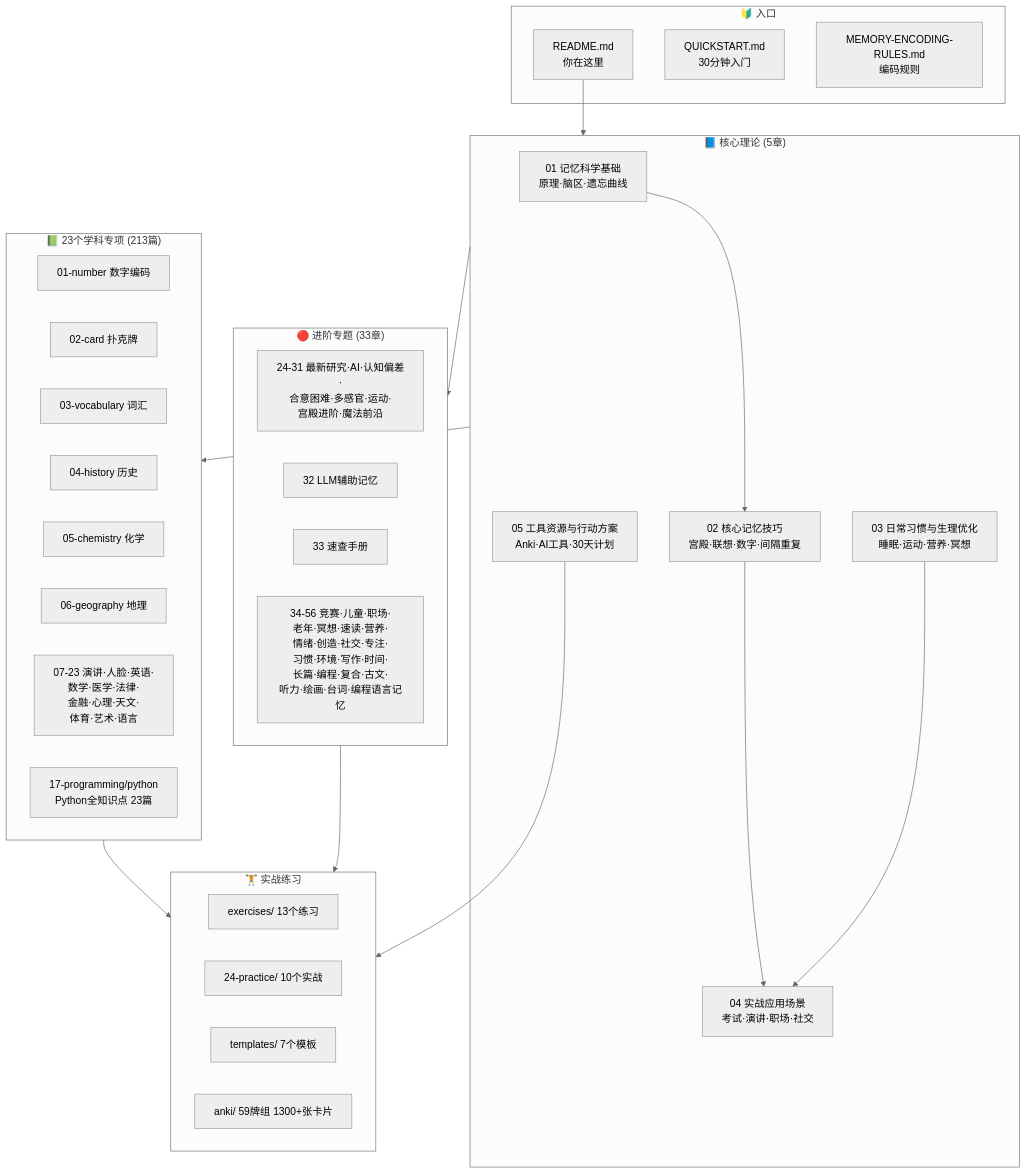
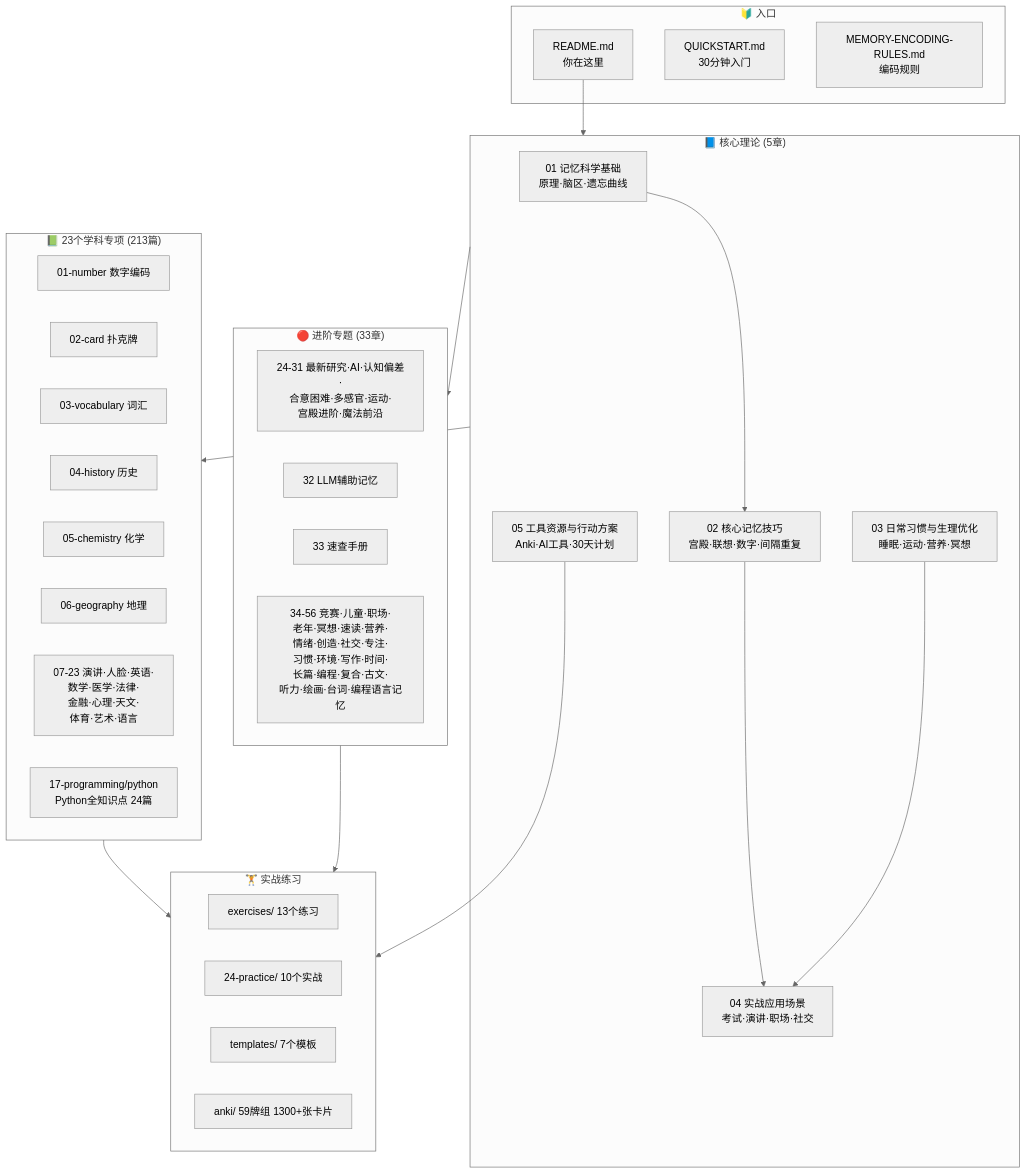
The first of 2 diagrams in README.md (brother2050/memory-guide), drawn with Mermaid (neutral theme) before and after one commit. The commit also changed other lines of this file and 4 other files, not shown here.

````diff
--- a/README.md
+++ b/README.md
@@ -63,52 +63,52 @@
 ```mermaid
 graph TB
     subgraph 入口["🔰 入口"]
         README["README.md\n你在这里"]
         QS["QUICKSTART.md\n30分钟入门"]
         RULES["MEMORY-ENCODING-RULES.md\n编码规则"]
     end
 
     subgraph core["📘 核心理论 (5章)"]
         C01["01 记忆科学基础\n原理·脑区·遗忘曲线"]
         C02["02 核心记忆技巧\n宫殿·联想·数字·间隔重复"]
         C03["03 日常习惯与生理优化\n睡眠·运动·营养·冥想"]
         C04["04 实战应用场景\n考试·演讲·职场·社交"]
         C05["05 工具资源与行动方案\nAnki·AI工具·30天计划"]
     end
 
     subgraph special["📗 23个学科专项 (213篇)"]
         NUM["01-number 数字编码"]
         CARD["02-card 扑克牌"]
         VOCAB["03-vocabulary 词汇"]
         HIST["04-history 历史"]
         CHEM["05-chemistry 化学"]
         GEO["06-geography 地理"]
         MORE["07-23 演讲·人脸·英语·\n数学·医学·法律·\n金融·心理·天文·\n体育·艺术·语言"]
-        PYTHON["17-programming/python\nPython全知识点 23篇"]
+        PYTHON["17-programming/python\nPython全知识点 24篇"]
     end
 
     subgraph advanced["🔴 进阶专题 (33章)"]
         A24["24-31 最新研究·AI·认知偏差·\n合意困难·多感官·运动·\n宫殿进阶·魔法前沿"]
         A32["32 LLM辅助记忆"]
         A33["33 速查手册"]
         A34["34-56 竞赛·儿童·职场·\n老年·冥想·速读·营养·\n情绪·创造·社交·专注·\n习惯·环境·写作·时间·\n长篇·编程·复合·古文·\n听力·绘画·台词·编程语言记忆"]
     end
 
     subgraph practice["🏋️ 实战练习"]
         EX["exercises/ 13个练习"]
         PR["24-practice/ 10个实战"]
         TM["templates/ 7个模板"]
         AN["anki/ 59牌组 1300+张卡片"]
     end
 
     README --> core
     core --> special
     core --> advanced
     special --> practice
     advanced --> practice
 
     C01 --> C02
     C02 --> C04
     C03 --> C04
     C05 --> practice
 ```
````
